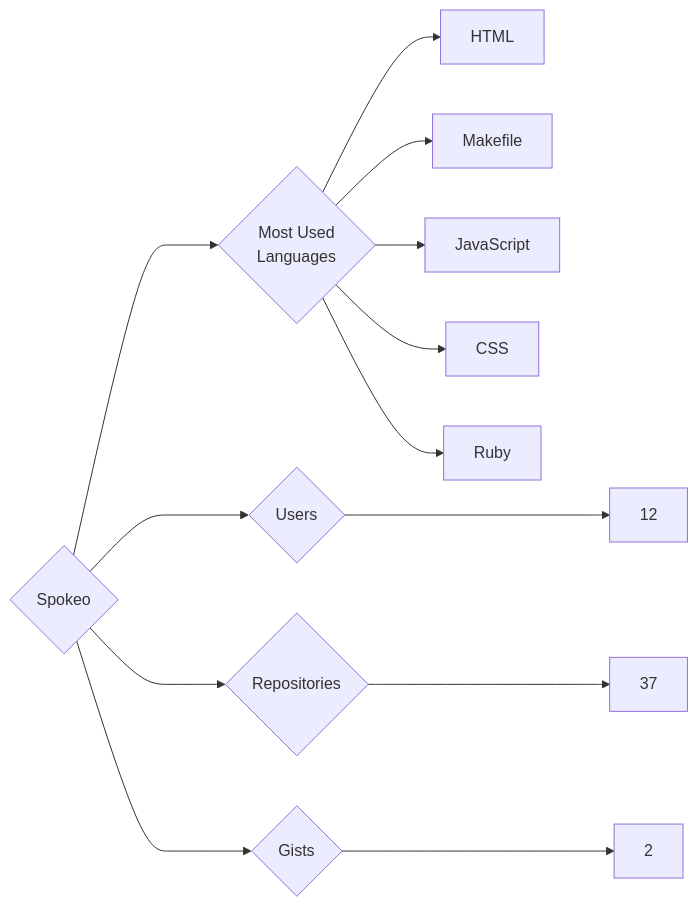
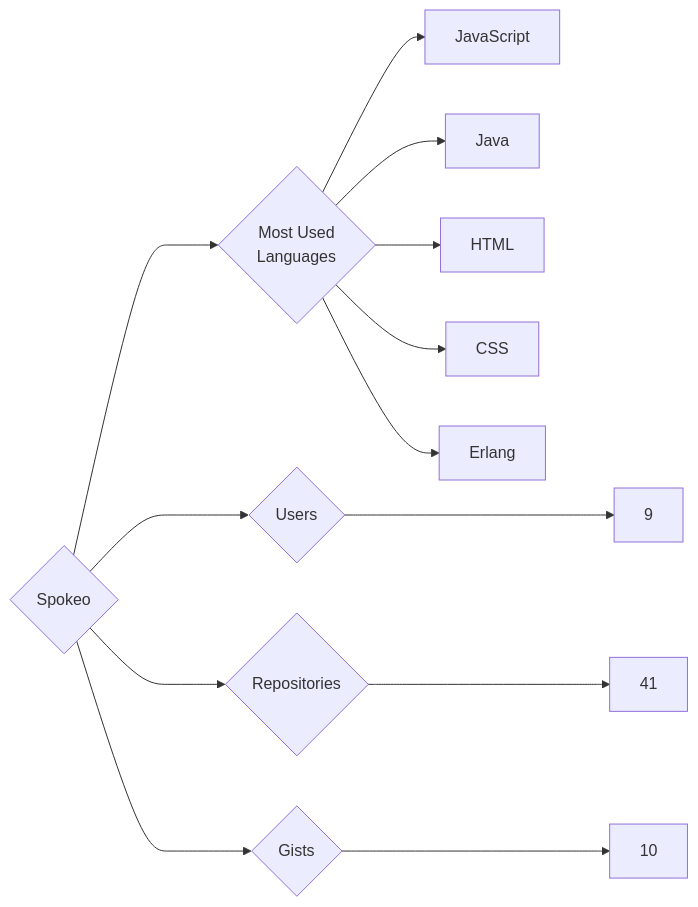
The diagram in targets/Spokeo/README.md (trickest/insiders), drawn with Mermaid before and after one commit. The commit also changed 976 other files, not shown here.

````diff
--- a/targets/Spokeo/README.md
+++ b/targets/Spokeo/README.md
@@ -3,13 +3,13 @@
 ```mermaid
 graph LR
 COMPANY_NAME{Spokeo}
-COMPANY_NAME ---> U{Users} ---> UN[12]
-COMPANY_NAME ---> R{Repositories} ---> RN[37]
-COMPANY_NAME ---> G{Gists} ---> GN[2]
+COMPANY_NAME ---> U{Users} ---> UN[9]
+COMPANY_NAME ---> R{Repositories} ---> RN[41]
+COMPANY_NAME ---> G{Gists} ---> GN[10]
 COMPANY_NAME ---> ML{Most Used<br>Languages}
+ML --> JavaScript[JavaScript]
+ML --> Java[Java]
 ML --> HTML[HTML]
-ML --> Makefile[Makefile]
-ML --> JavaScript[JavaScript]
 ML --> CSS[CSS]
-ML --> Ruby[Ruby]
+ML --> Erlang[Erlang]
 ```
````
